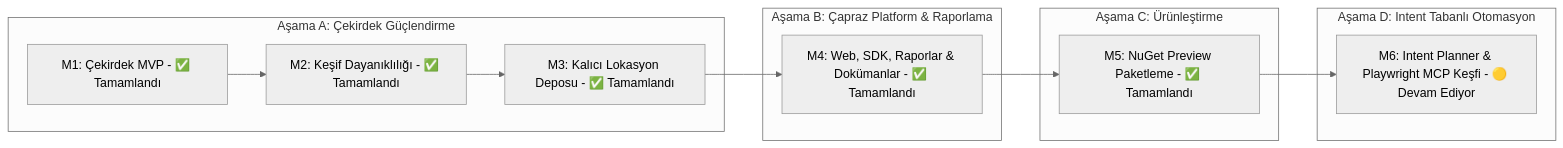
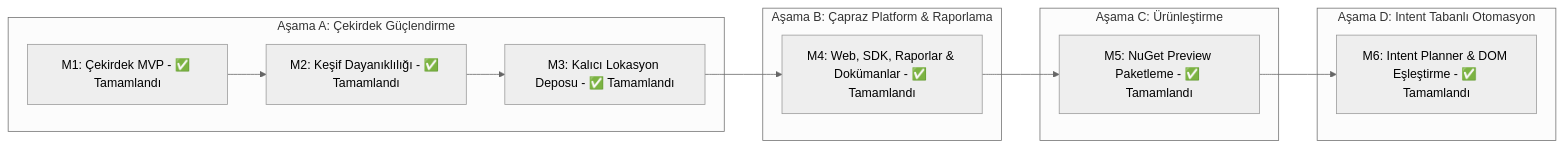
Before and after one commit to mustafasercansak/automation-sandbox: the sixth of 6 diagrams in PROJECT_SHOWCASE.md, drawn with Mermaid (neutral theme). The commit also changed other lines of this file and 35 other files, not shown here.

First line of the commit message:
feat: add LLM-backed intent planning, desktop test generation, and live Playwright exploration

````diff
--- a/PROJECT_SHOWCASE.md
+++ b/PROJECT_SHOWCASE.md
@@ -387,19 +387,19 @@
 ```mermaid
 graph LR
     subgraph PhaseA [Aşama A: Çekirdek Güçlendirme]
         M1[M1: Çekirdek MVP - ✅ Tamamlandı]
         M2[M2: Keşif Dayanıklılığı - ✅ Tamamlandı]
         M3[M3: Kalıcı Lokasyon Deposu - ✅ Tamamlandı]
         M1 --> M2 --> M3
     end
     subgraph PhaseB [Aşama B: Çapraz Platform & Raporlama]
         M4[M4: Web, SDK, Raporlar & Dokümanlar - ✅ Tamamlandı]
     end
     subgraph PhaseC [Aşama C: Ürünleştirme]
         M5[M5: NuGet Preview Paketleme - ✅ Tamamlandı]
     end
     subgraph PhaseD [Aşama D: Intent Tabanlı Otomasyon]
-        M6[M6: Intent Planner & Playwright MCP Keşfi - 🟡 Devam Ediyor]
+        M6[M6: Intent Planner & DOM Eşleştirme - ✅ Tamamlandı]
     end
     M3 --> M4 --> M5 --> M6
 ```
````
